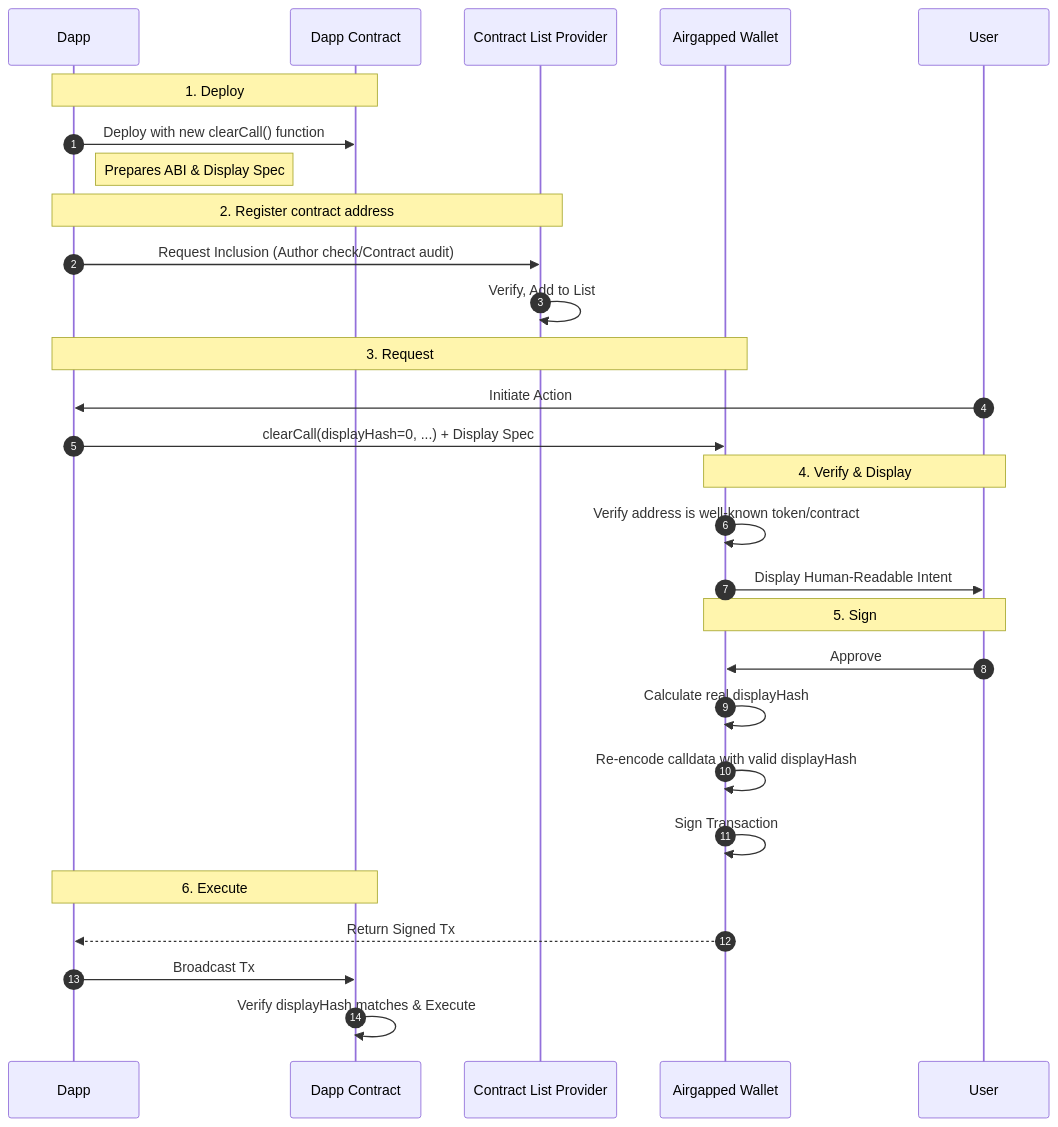
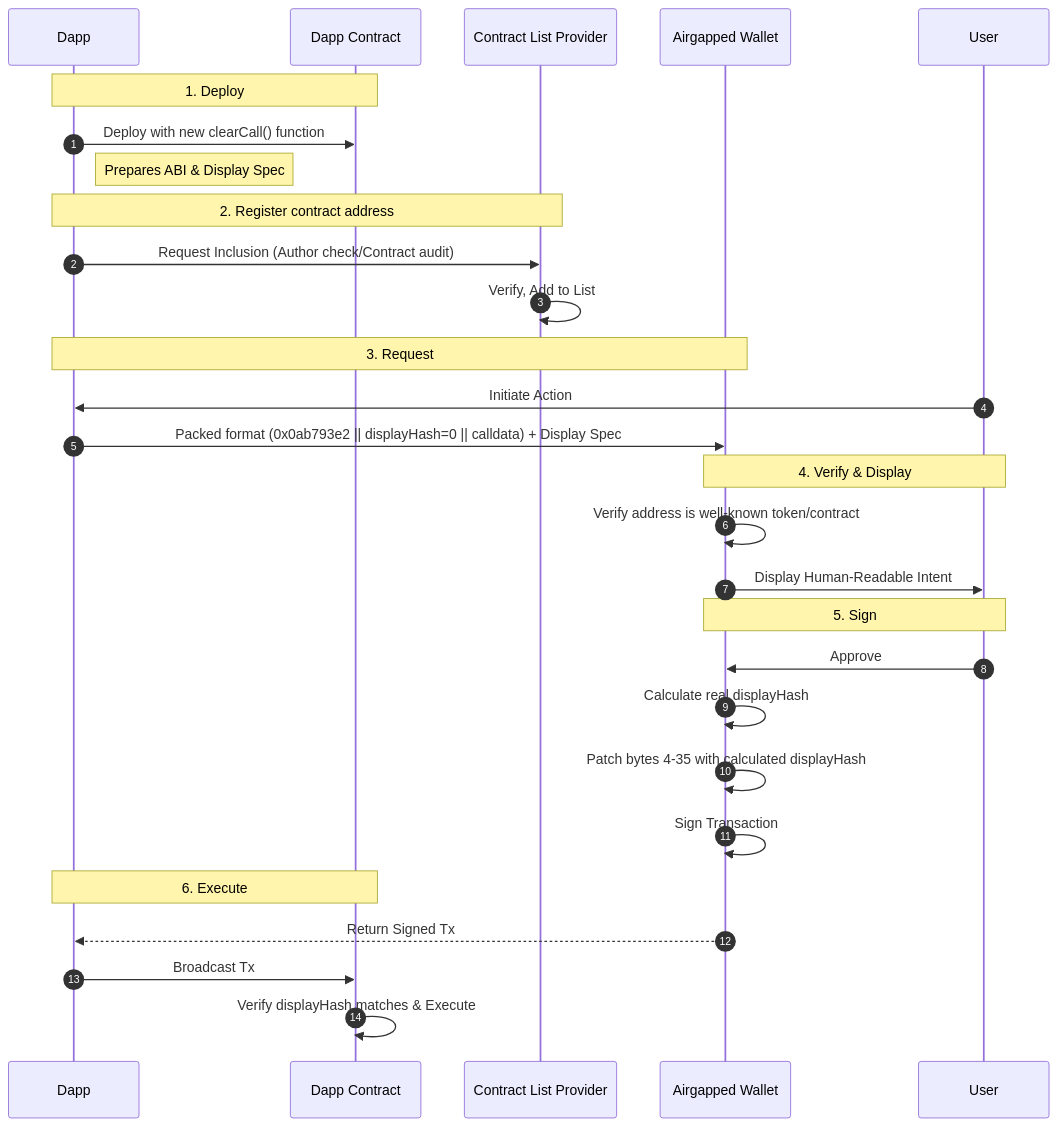
Before and after one commit to Kalapaja/clear-signing: the diagram in docs/architecture.md, drawn with Mermaid. The commit also changed other lines of this file and 35 other files, not shown here.

````diff
--- a/docs/architecture.md
+++ b/docs/architecture.md
@@ -721,36 +735,36 @@
 ```mermaid
 sequenceDiagram
     autonumber
     participant Dapp
     participant Contract as Dapp Contract
     participant List as Contract List Provider
     participant Wallet as Airgapped Wallet
     participant User as User
 
     Note over Dapp, Contract: 1. Deploy
     Dapp->>Contract: Deploy with new clearCall() function
     Note right of Dapp: Prepares ABI & Display Spec
     
     Note over Dapp, List: 2. Register contract address
     Dapp->>List: Request Inclusion (Author check/Contract audit)
     List->>List: Verify, Add to List
     
     Note over Dapp, Wallet: 3. Request
     User->>Dapp: Initiate Action
-    Dapp->>Wallet: clearCall(displayHash=0, ...) + Display Spec
+    Dapp->>Wallet: Packed format (0x0ab793e2 || displayHash=0 || calldata) + Display Spec
 
     Note over Wallet, User: 4. Verify & Display
     Wallet->>Wallet: Verify address is well-known token/contract
     Wallet->>User: Display Human-Readable Intent
     
     Note over Wallet, User: 5. Sign
     User->>Wallet: Approve
     Wallet->>Wallet: Calculate real displayHash
-    Wallet->>Wallet: Re-encode calldata with valid displayHash
+    Wallet->>Wallet: Patch bytes 4-35 with calculated displayHash
     Wallet->>Wallet: Sign Transaction
 
     Note over Dapp, Contract: 6. Execute
     Wallet-->>Dapp: Return Signed Tx
     Dapp->>Contract: Broadcast Tx
     Contract->>Contract: Verify displayHash matches & Execute
 ```
````
